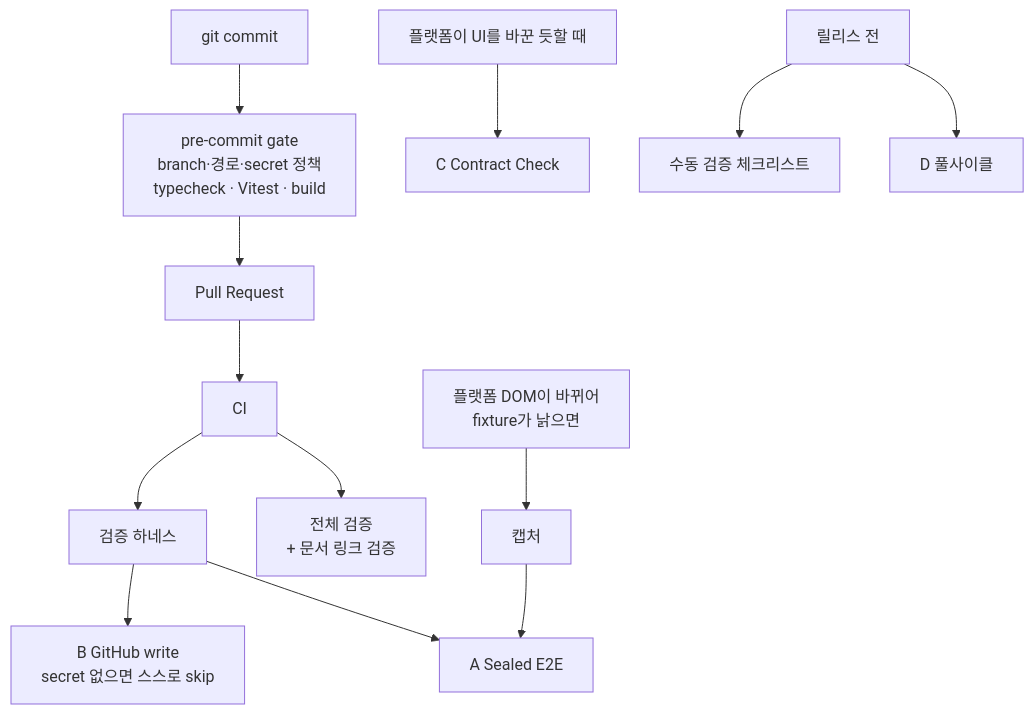
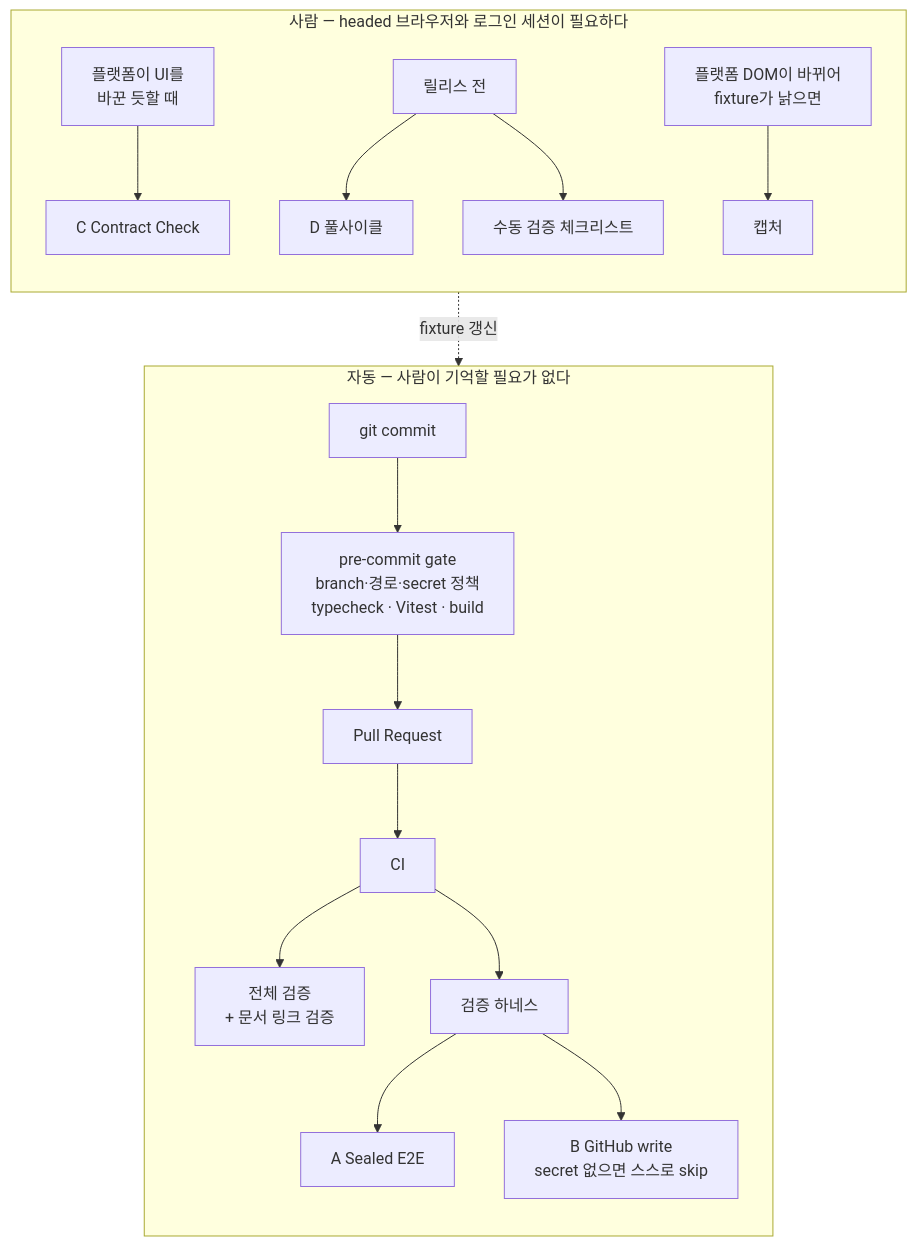
Before and after one commit to zaehorang/SolveSync: the third of 3 diagrams in docs/ARCHITECTURE.md, drawn with Mermaid. The commit also changed other lines of this file, not shown here.

Commit message:
docs: 검증 계층 다이어그램의 배치를 읽는 순서와 맞춘다
첫 그림은 subgraph가 선언 역순으로 쌓여 위에서부터 D·C·B·A로 읽혔다.
`flowchart TB`와 보이지 않는 링크로 A부터 내려가게 고정한다.

둘째 그림은 세 갈래가 서로 얽혀 긴 엣지가 가로질렀다. 자동과 사람으로
묶으면 교차가 하나만 남고, 그 하나가 마침 캡처에서 A로 가는 fixture
갱신이라 그림이 말하려던 관계와 같아진다.

Claude-Session: https://claude.ai/code/session_014gWDLVp8iUrJSyFhEA2yEo

````diff
--- a/docs/ARCHITECTURE.md
+++ b/docs/ARCHITECTURE.md
@@ -410,14 +411,20 @@
 ```mermaid
-flowchart TD
-  commit["git commit"] --> gate["pre-commit gate<br/>branch·경로·secret 정책<br/>typecheck · Vitest · build"]
-  gate --> pr["Pull Request"]
-  pr --> ci["CI"]
-  ci --> job1["전체 검증<br/>+ 문서 링크 검증"]
-  ci --> job2["검증 하네스"]
-  job2 --> A["A Sealed E2E"]
-  job2 --> B["B GitHub write<br/>secret 없으면 스스로 skip"]
-  ui["플랫폼이 UI를 바꾼 듯할 때"] --> C["C Contract Check"]
-  rel["릴리스 전"] --> D["D 풀사이클"]
-  rel --> M["수동 검증 체크리스트"]
-  dom["플랫폼 DOM이 바뀌어<br/>fixture가 낡으면"] --> cap["캡처"] --> A
+flowchart TB
+  subgraph AUTO["자동 — 사람이 기억할 필요가 없다"]
+    direction TB
+    commit["git commit"] --> gate["pre-commit gate<br/>branch·경로·secret 정책<br/>typecheck · Vitest · build"]
+    gate --> pr["Pull Request"] --> ci["CI"]
+    ci --> job1["전체 검증<br/>+ 문서 링크 검증"]
+    ci --> job2["검증 하네스"]
+    job2 --> A["A Sealed E2E"]
+    job2 --> B["B GitHub write<br/>secret 없으면 스스로 skip"]
+  end
+  subgraph HUMAN["사람 — headed 브라우저와 로그인 세션이 필요하다"]
+    direction TB
+    ui["플랫폼이 UI를<br/>바꾼 듯할 때"] --> C["C Contract Check"]
+    rel["릴리스 전"] --> D["D 풀사이클"]
+    rel --> M["수동 검증 체크리스트"]
+    dom["플랫폼 DOM이 바뀌어<br/>fixture가 낡으면"] --> cap["캡처"]
+  end
+  cap -.->|"fixture 갱신"| A
 ```
````
